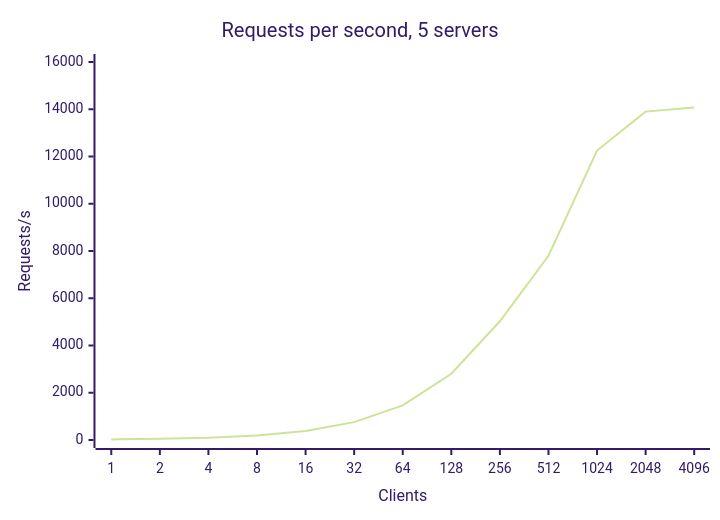
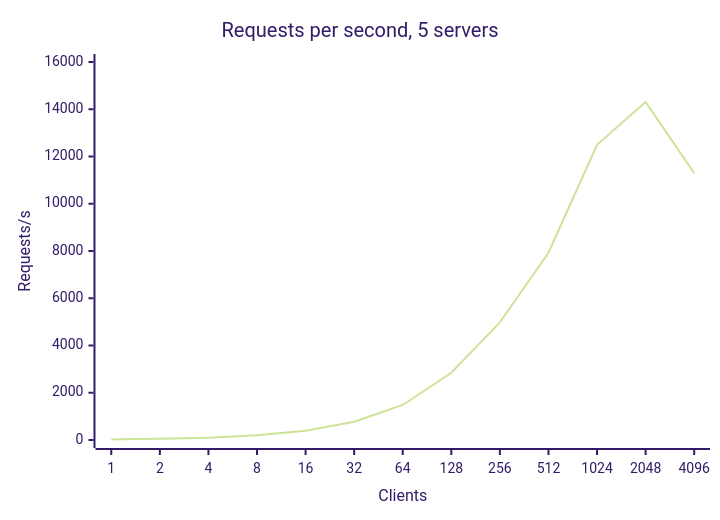
The second of 3 diagrams in README.md (Xuan-Zheng05/raft-kv), drawn with Mermaid (forest theme) before and after one commit. The commit also changed other lines of this file, not shown here.

````diff
--- a/README.md
+++ b/README.md
@@ -254,7 +259,7 @@
 ```mermaid
 xychart-beta
     title "Requests per second, 5 servers"
     x-axis "Clients" [1, 2, 4, 8, 16, 32, 64, 128, 256, 512, 1024, 2048, 4096]
     y-axis "Requests/s" 0 --> 16000
-    line [25, 49, 98, 195, 384, 757, 1464, 2803, 5026, 7800, 12251, 13900, 14071]
+    line [25, 49, 100, 198, 390, 770, 1483, 2844, 4979, 7926, 12498, 14307, 11294]
 ```
````
